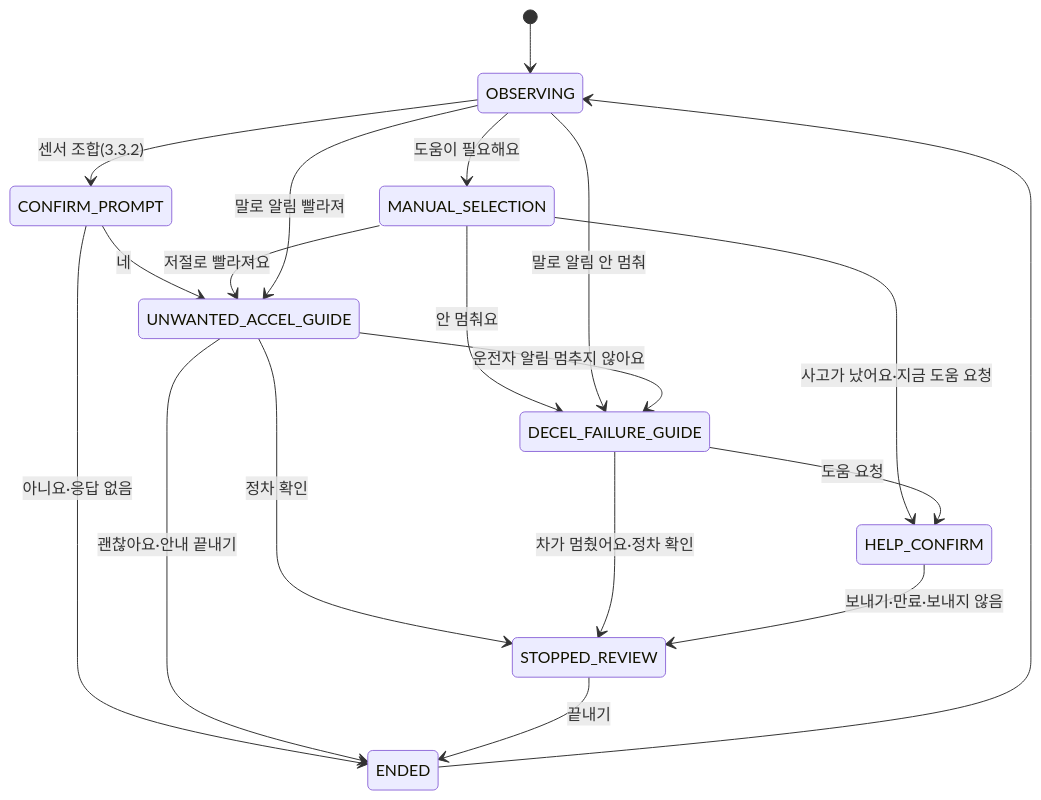
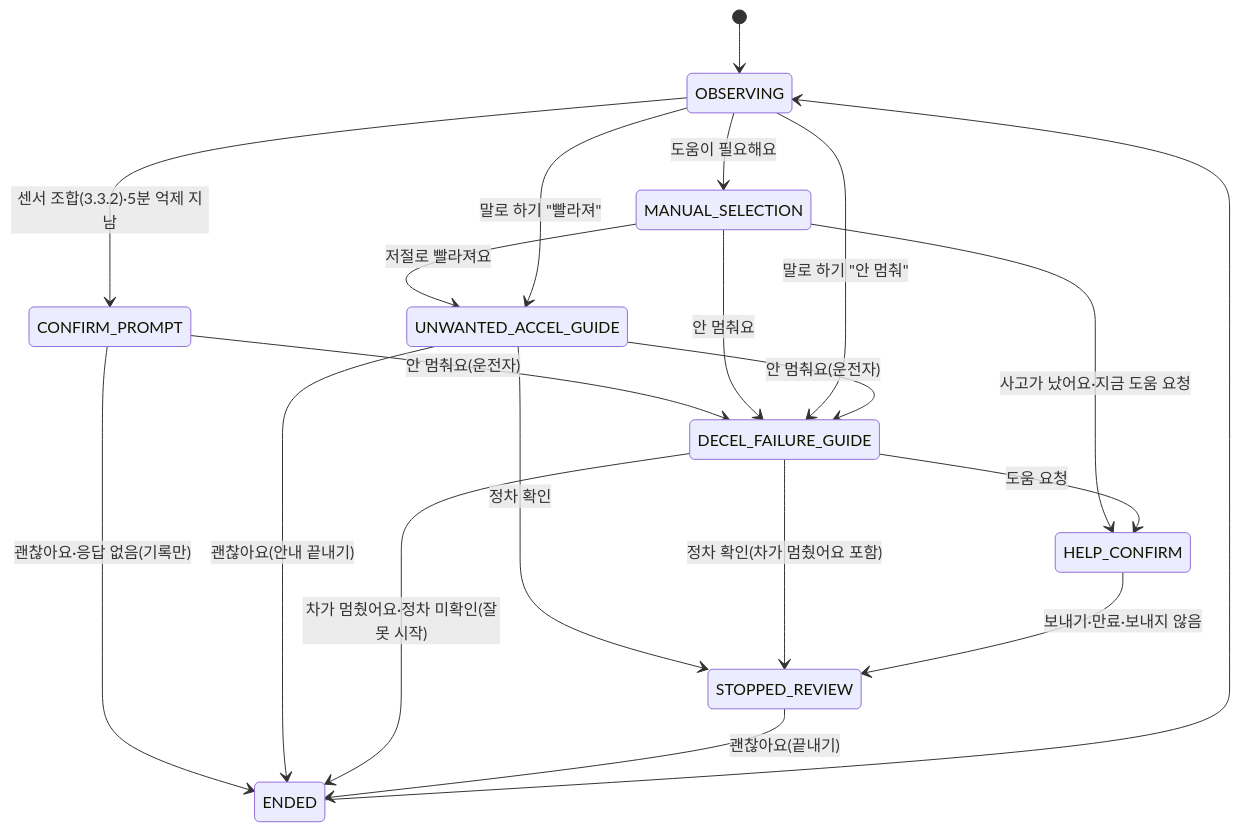
The second of 3 diagrams in hyundai_app_market/docs/analysis/integrated-vehicle-care-2026-11-12.md (himangga01/pleos_super_guard), drawn with Mermaid before and after one commit. The commit also changed other lines of this file and 49 other files, not shown here.

````diff
--- a/hyundai_app_market/docs/analysis/integrated-vehicle-care-2026-11-12.md
+++ b/hyundai_app_market/docs/analysis/integrated-vehicle-care-2026-11-12.md
@@ -494,21 +563,22 @@
 ```mermaid
 stateDiagram-v2
   [*] --> OBSERVING
-  OBSERVING --> CONFIRM_PROMPT: 센서 조합(3.3.2)
-  CONFIRM_PROMPT --> UNWANTED_ACCEL_GUIDE: 네
-  CONFIRM_PROMPT --> ENDED: 아니요·응답 없음
+  OBSERVING --> CONFIRM_PROMPT: 센서 조합(3.3.2)·5분 억제 지남
+  CONFIRM_PROMPT --> DECEL_FAILURE_GUIDE: 안 멈춰요(운전자)
+  CONFIRM_PROMPT --> ENDED: 괜찮아요·응답 없음(기록만)
   OBSERVING --> MANUAL_SELECTION: 도움이 필요해요
   MANUAL_SELECTION --> UNWANTED_ACCEL_GUIDE: 저절로 빨라져요
   MANUAL_SELECTION --> DECEL_FAILURE_GUIDE: 안 멈춰요
   MANUAL_SELECTION --> HELP_CONFIRM: 사고가 났어요·지금 도움 요청
-  OBSERVING --> UNWANTED_ACCEL_GUIDE: 말로 알림 빨라져
-  OBSERVING --> DECEL_FAILURE_GUIDE: 말로 알림 안 멈춰
-  UNWANTED_ACCEL_GUIDE --> DECEL_FAILURE_GUIDE: 운전자 알림 멈추지 않아요
-  UNWANTED_ACCEL_GUIDE --> ENDED: 괜찮아요·안내 끝내기
+  OBSERVING --> UNWANTED_ACCEL_GUIDE: 말로 하기 "빨라져"
+  OBSERVING --> DECEL_FAILURE_GUIDE: 말로 하기 "안 멈춰"
+  UNWANTED_ACCEL_GUIDE --> DECEL_FAILURE_GUIDE: 안 멈춰요(운전자)
+  UNWANTED_ACCEL_GUIDE --> ENDED: 괜찮아요(안내 끝내기)
   UNWANTED_ACCEL_GUIDE --> STOPPED_REVIEW: 정차 확인
-  DECEL_FAILURE_GUIDE --> STOPPED_REVIEW: 차가 멈췄어요·정차 확인
+  DECEL_FAILURE_GUIDE --> STOPPED_REVIEW: 정차 확인(차가 멈췄어요 포함)
+  DECEL_FAILURE_GUIDE --> ENDED: 차가 멈췄어요·정차 미확인(잘못 시작)
   DECEL_FAILURE_GUIDE --> HELP_CONFIRM: 도움 요청
   HELP_CONFIRM --> STOPPED_REVIEW: 보내기·만료·보내지 않음
-  STOPPED_REVIEW --> ENDED: 끝내기
+  STOPPED_REVIEW --> ENDED: 괜찮아요(끝내기)
   ENDED --> OBSERVING
 ```
````
